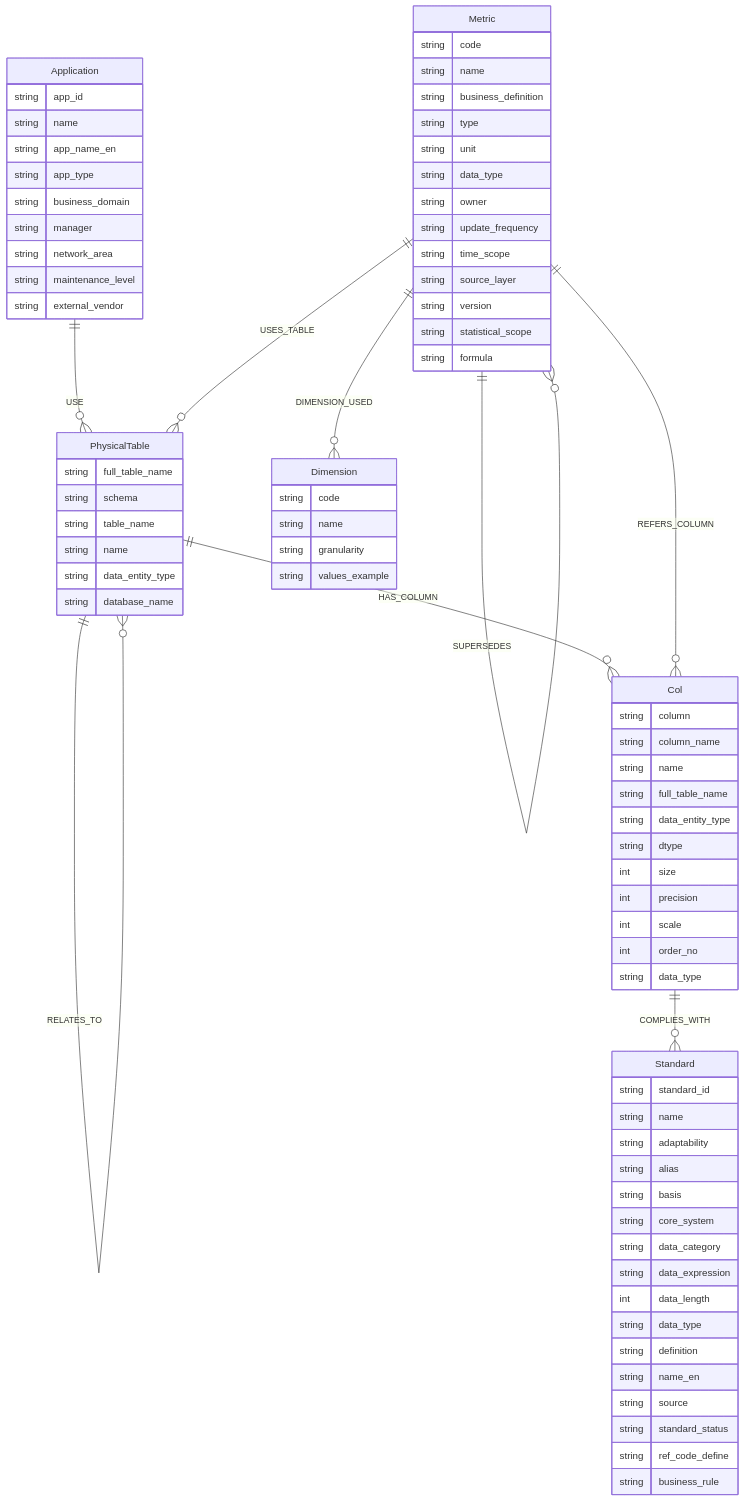
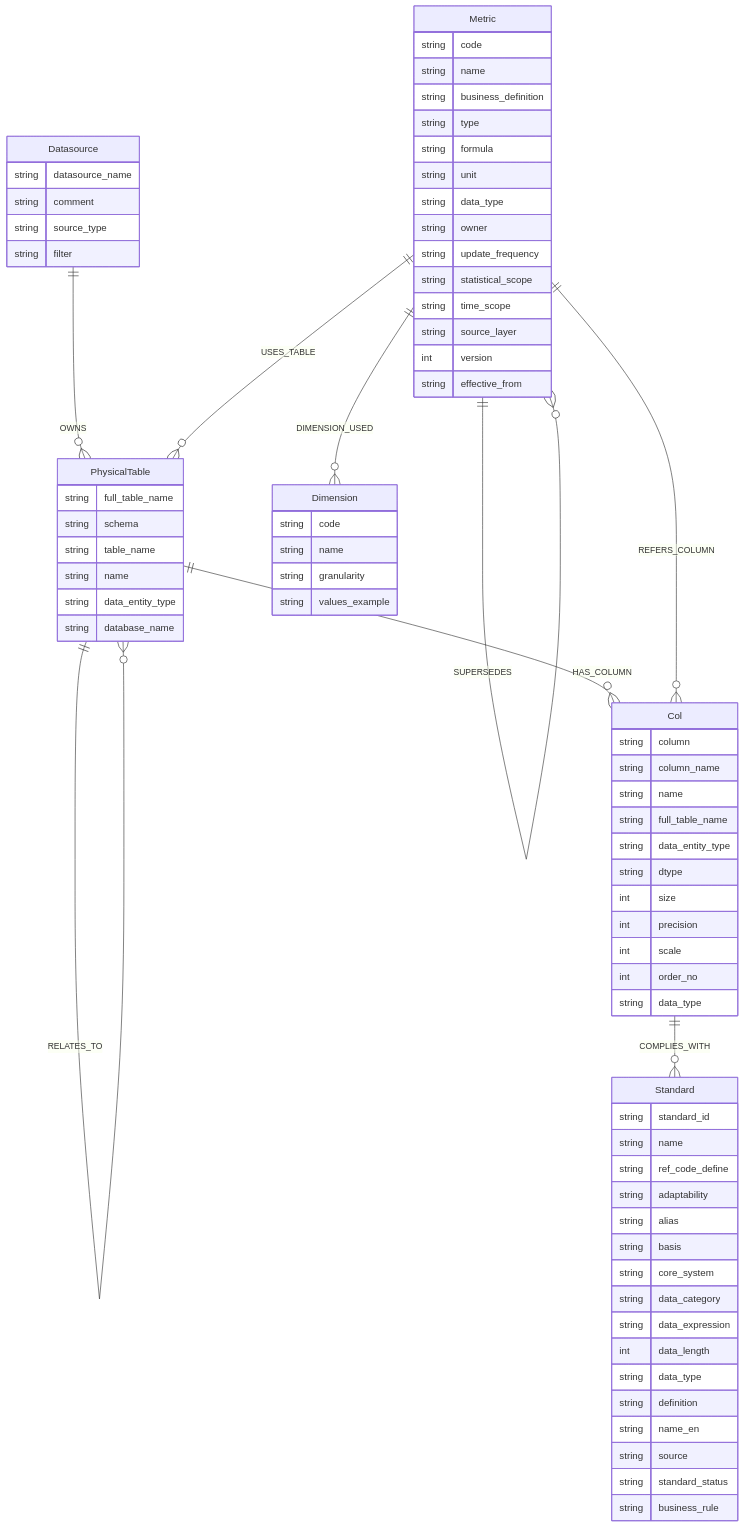
One commit to chenxinma/govio changed the diagram in docs/ontology.md. Above: the diagram before and after it, drawn with Mermaid. The commit also changed other lines of this file, not shown here.

Commit message:
Update ontology docs for Datasource nodes and metric attrs
Replace Application/USE with Datasource/OWNS, add SUPERSEDES
change_description, and adjust Metric/Standard attributes.

```diff
--- a/docs/ontology.md
+++ b/docs/ontology.md
@@ -25,21 +25,17 @@
         string data_type
     }
 
-    Application {
-        string app_id
-        string name
-        string app_name_en
-        string app_type
-        string business_domain
-        string manager
-        string network_area
-        string maintenance_level
-        string external_vendor
+    Datasource {
+        string datasource_name
+        string comment
+        string source_type
+        string filter
     }
 
     Standard {
         string standard_id
         string name
+        string ref_code_define
         string adaptability
         string alias
         string basis
@@ -52,7 +48,6 @@
         string name_en
         string source
         string standard_status
-        string ref_code_define
         string business_rule
     }
 
@@ -61,15 +56,16 @@
         string name
         string business_definition
         string type
+        string formula
         string unit
         string data_type
         string owner
         string update_frequency
+        string statistical_scope
         string time_scope
         string source_layer
-        string version
-        string statistical_scope
-        string formula
+        int version
+        string effective_from
     }
 
     Dimension {
@@ -79,9 +75,9 @@
         string values_example
     }
 
+    Datasource ||--o{ PhysicalTable : "OWNS"
     PhysicalTable ||--o{ Col : "HAS_COLUMN"
     PhysicalTable ||--o{ PhysicalTable : "RELATES_TO"
-    Application ||--o{ PhysicalTable : "USE"
     Col ||--o{ Standard : "COMPLIES_WITH"
     Metric ||--o{ PhysicalTable : "USES_TABLE"
     Metric ||--o{ Col : "REFERS_COLUMN"
```
